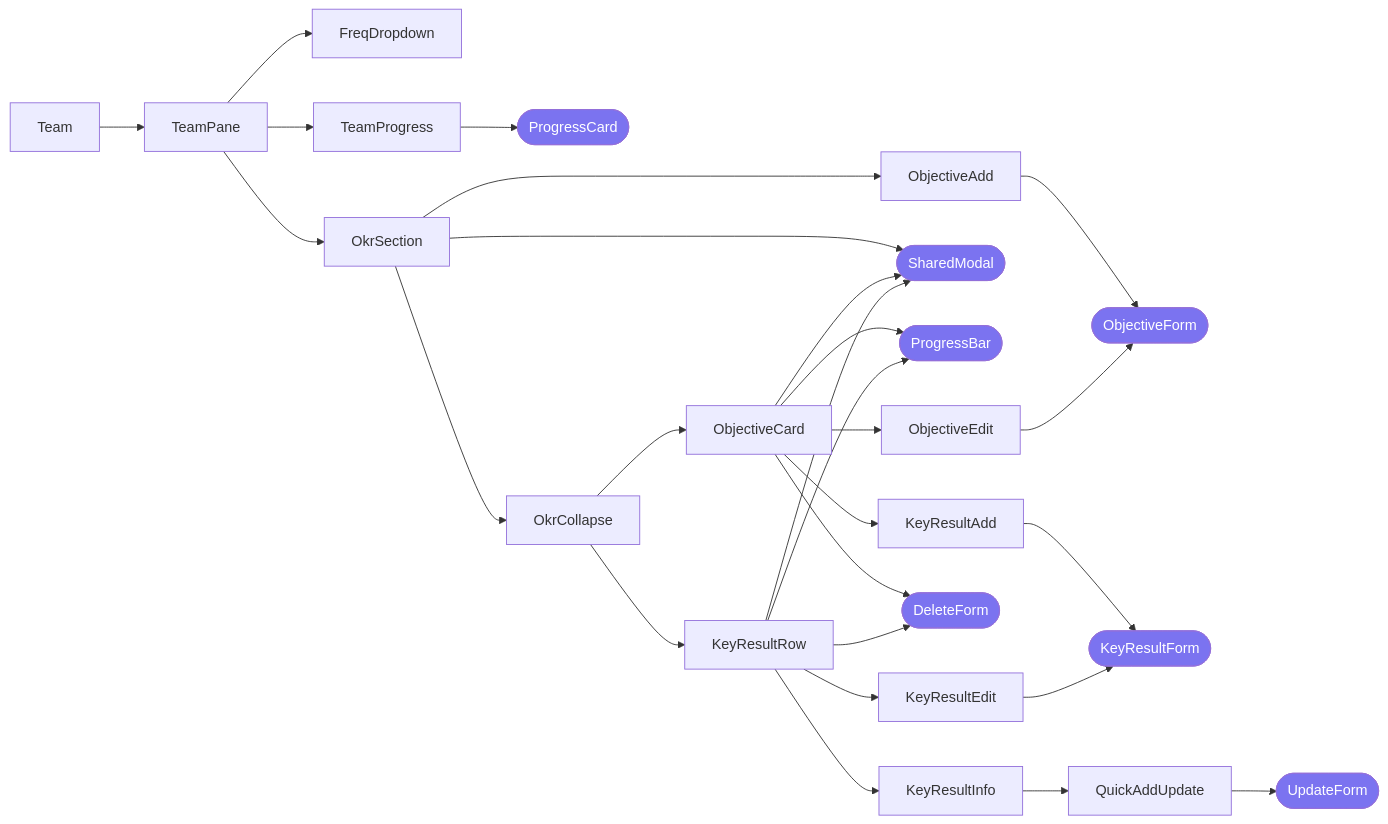
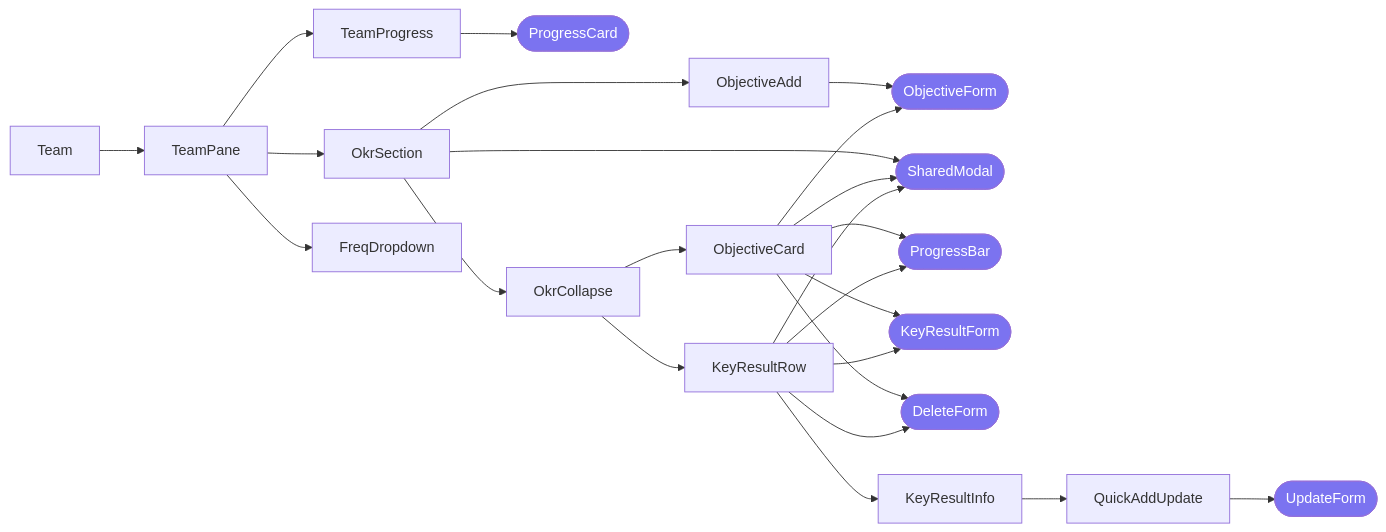
One commit to chrischow/rokr changed the fourth of 6 diagrams in dev/README.md. Above: the diagram before and after it, drawn with Mermaid. The commit also changed other lines of this file, not shown here.

````diff
--- a/dev/README.md
+++ b/dev/README.md
@@ -170,40 +183,36 @@
 ```mermaid
 graph LR
   %% Team
   Team --> TeamPane
-  TeamPane --> FreqDropdown
   TeamPane --> TeamProgress
   TeamPane --> OkrSection
+  TeamPane --> FreqDropdown
 
   TeamProgress --> PC([ProgressCard])
 
   OkrSection --> ObjectiveAdd
   OkrSection --> OkrCollapse
+  ObjectiveAdd --> OF([ObjectiveForm])
   OkrSection --> SM([SharedModal])
-  ObjectiveAdd --> OF([ObjectiveForm])
 
   OkrCollapse --> KeyResultRow
   OkrCollapse --> ObjectiveCard
 
   ObjectiveCard --> SM
   ObjectiveCard --> PB([ProgressBar])
-  ObjectiveCard --> ObjectiveEdit
-  ObjectiveCard --> KeyResultAdd
+  ObjectiveCard --> OF
+  ObjectiveCard --> KRF([KeyResultForm])
   ObjectiveCard --> DF([DeleteForm])
-
-  ObjectiveEdit --> OF
-  KeyResultAdd --> KRF([KeyResultForm])
 
   KeyResultRow --> PB
   KeyResultRow --> SM
   KeyResultRow --> KeyResultInfo
-  KeyResultRow --> KeyResultEdit
+  KeyResultRow --> KRF
   KeyResultRow --> DF
 
-  KeyResultEdit --> KRF
   KeyResultInfo --> QuickAddUpdate
   QuickAddUpdate --> UF([UpdateForm])
 
   classDef shared fill:#7b73f0,color:white
   class PC,SM,DF,UF,OF,KRF,PB shared
 ```
````
